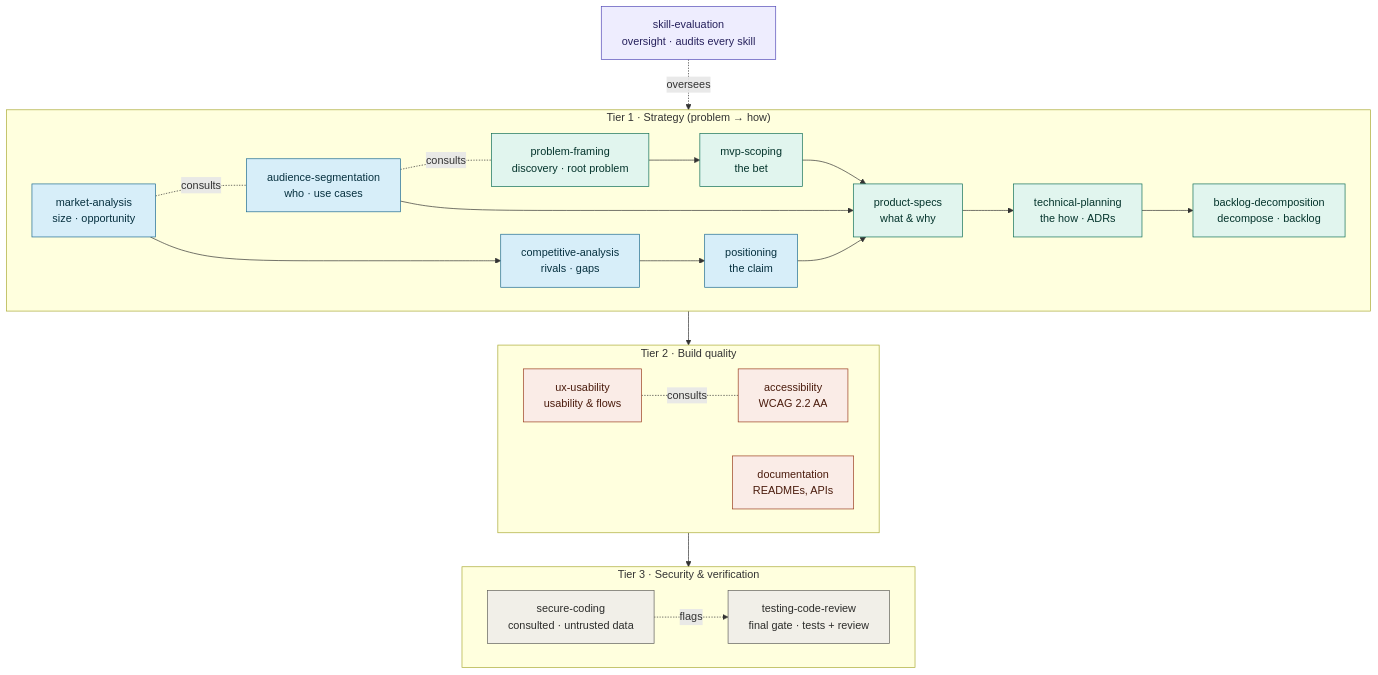
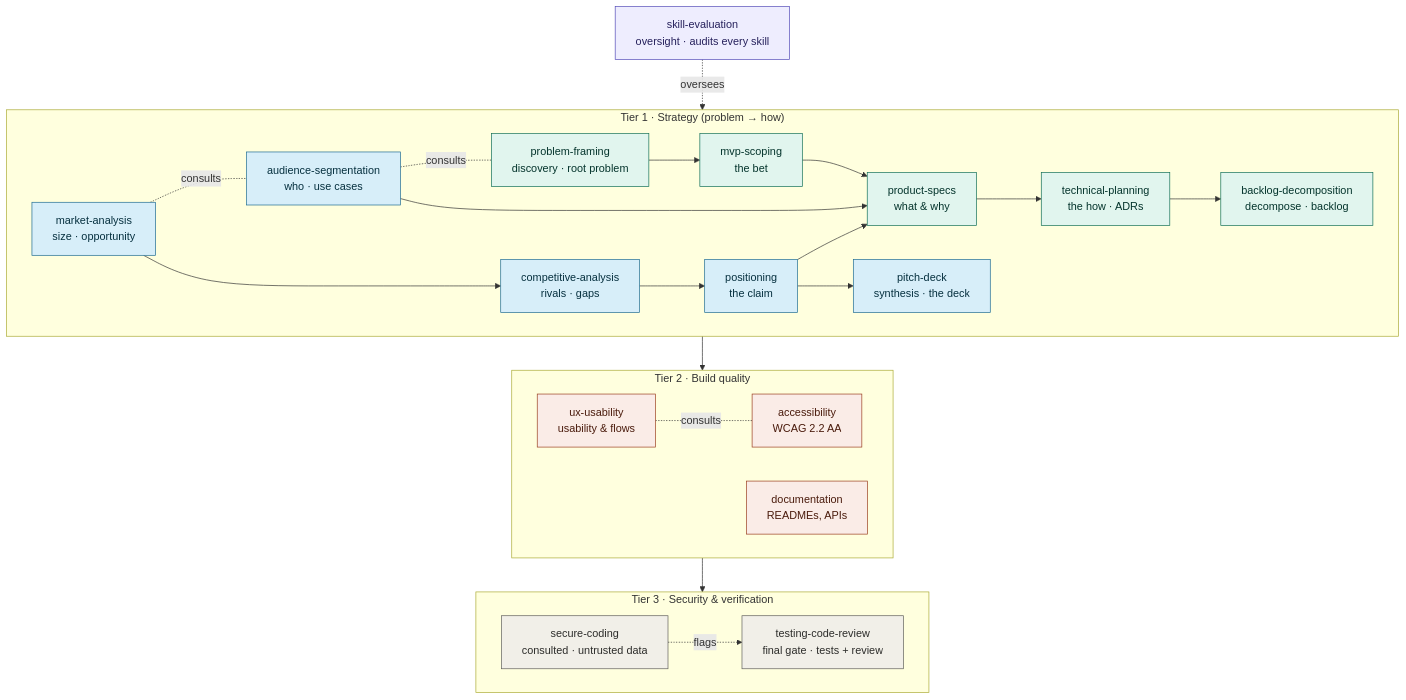
Before and after one commit to ValeriyaMetla/AI-Development-Residency: the diagram in docs/SKILLS-LIBRARY.md, drawn with Mermaid. The commit also changed other lines of this file, not shown here.

````diff
--- a/docs/SKILLS-LIBRARY.md
+++ b/docs/SKILLS-LIBRARY.md
@@ -115,39 +115,40 @@
 ```mermaid
 flowchart TD
     SE["skill-evaluation<br/>oversight · audits every skill"]
 
     subgraph S["Tier 1 · Strategy (problem → how)"]
       direction LR
       PF["problem-framing<br/>discovery · root problem"] --> MVP["mvp-scoping<br/>the bet"] --> PS["product-specs<br/>what & why"] --> TP["technical-planning<br/>the how · ADRs"] --> BD["backlog-decomposition<br/>decompose · backlog"]
       AS["audience-segmentation<br/>who · use cases"] --> PS
       MA["market-analysis<br/>size · opportunity"] --> CA["competitive-analysis<br/>rivals · gaps"] --> POS["positioning<br/>the claim"] --> PS
+      POS --> PD["pitch-deck<br/>synthesis · the deck"]
       AS -. consults .- PF
       MA -. consults .- AS
     end
 
     subgraph B["Tier 2 · Build quality"]
       direction LR
       UX["ux-usability<br/>usability & flows"] -. consults .- A["accessibility<br/>WCAG 2.2 AA"]
       D["documentation<br/>READMEs, APIs"]
     end
 
     subgraph G["Tier 3 · Security & verification"]
       direction LR
       SEC["secure-coding<br/>consulted · untrusted data"] -. flags .-> TCR["testing-code-review<br/>final gate · tests + review"]
     end
 
     SE -. oversees .-> S
     BD --> B
     B --> G
 
     classDef strat fill:#E1F5EE,stroke:#0F6E56,color:#04342C;
     classDef disc fill:#D7EEF9,stroke:#1C6A91,color:#06303F;
     classDef build fill:#FAECE7,stroke:#993C1D,color:#4A1B0C;
     classDef gate fill:#F1EFE8,stroke:#5F5E5A,color:#2C2C2A;
     classDef over fill:#EEEDFE,stroke:#534AB7,color:#26215C;
     class PF,MVP,PS,TP,BD strat;
-    class AS,MA,CA,POS disc;
+    class AS,MA,CA,POS,PD disc;
     class UX,A,D build;
     class SEC,TCR gate;
     class SE over;
 ```
````
